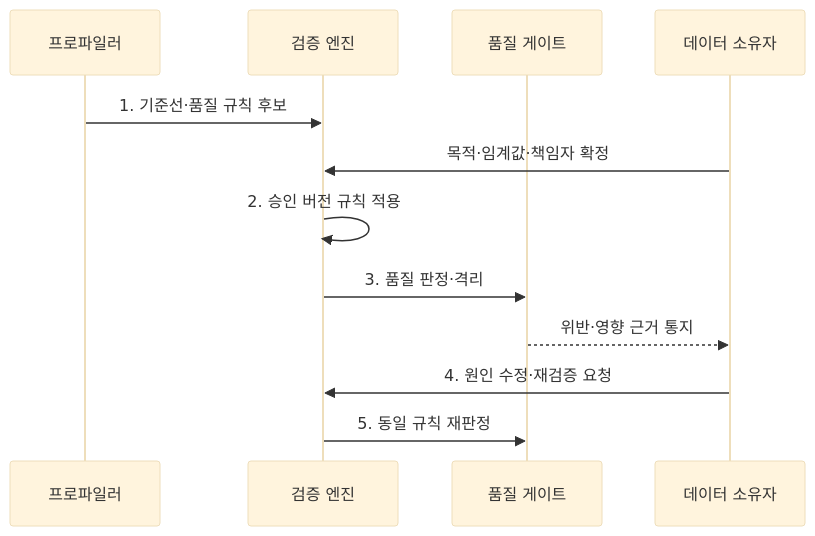
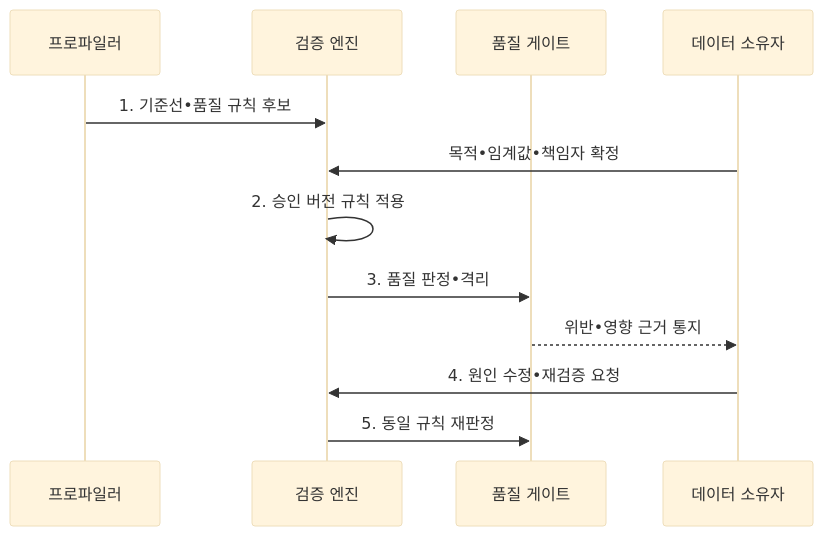
One commit to agnusdei1207/knowledge-base changed the second of 2 diagrams in src/content/docs/notes/03-software/137_data_quality_management.md. Above: the diagram before and after it, drawn with Mermaid (base theme). The commit also changed other lines of this file and 953 other files, not shown here.

````diff
--- a/src/content/docs/notes/03-software/137_data_quality_management.md
+++ b/src/content/docs/notes/03-software/137_data_quality_management.md
@@ -108,14 +108,14 @@
 ```mermaid
 sequenceDiagram
     participant P as 프로파일러
     participant V as 검증 엔진
     participant G as 품질 게이트
     participant O as 데이터 소유자
-    P->>V: 1. 기준선·품질 규칙 후보
-    O->>V: 목적·임계값·책임자 확정
+    P->>V: 1. 기준선•품질 규칙 후보
+    O->>V: 목적•임계값•책임자 확정
     V->>V: 2. 승인 버전 규칙 적용
-    V->>G: 3. 품질 판정·격리
-    G-->>O: 위반·영향 근거 통지
-    O->>V: 4. 원인 수정·재검증 요청
+    V->>G: 3. 품질 판정•격리
+    G-->>O: 위반•영향 근거 통지
+    O->>V: 4. 원인 수정•재검증 요청
     V->>G: 5. 동일 규칙 재판정
 ```
````
